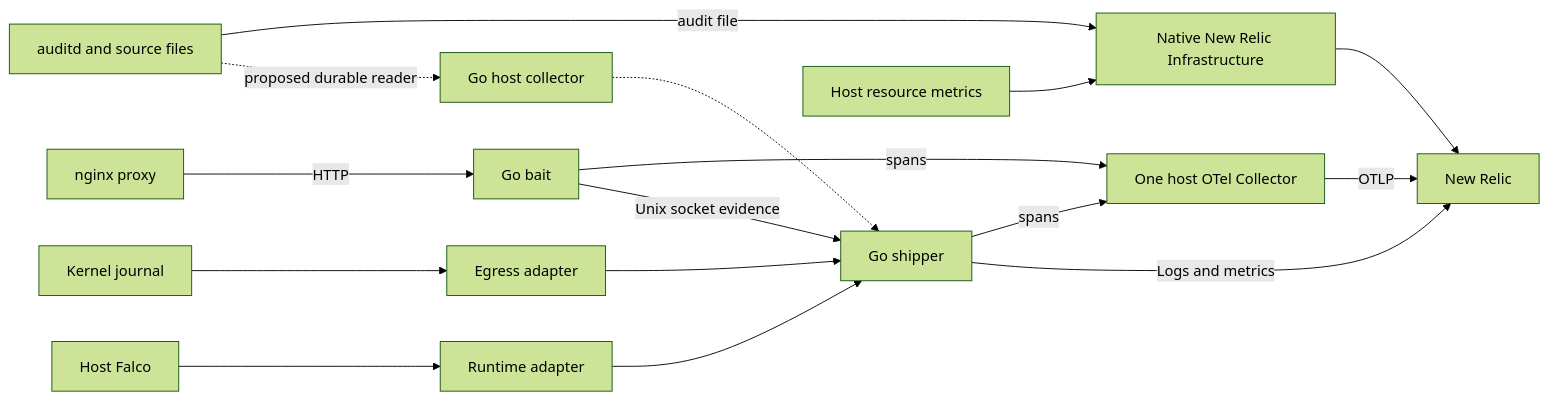
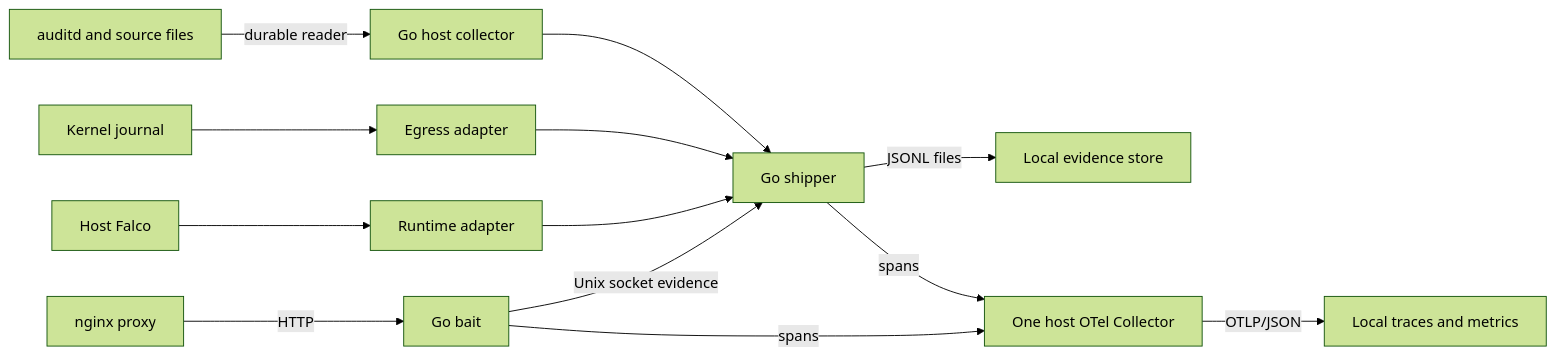
Before and after one commit to caretak3r/attack-box: the diagram in docs/service-ecosystem.md, drawn with Mermaid (forest theme). The commit also changed other lines of this file and 18 other files, not shown here.

First line of the commit message:
docs: describe the host evidence store, console and pull instead of New Relic

````diff
--- a/docs/service-ecosystem.md
+++ b/docs/service-ecosystem.md
@@ -12,18 +9,15 @@
 ```mermaid
 flowchart LR
     P[nginx proxy] -->|HTTP| B[Go bait]
     B -->|Unix socket evidence| S[Go shipper]
     F[Host Falco] --> R[Runtime adapter]
     K[Kernel journal] --> E[Egress adapter]
     R --> S
     E --> S
-    S -->|Logs and metrics| N[New Relic]
-    A[auditd and source files] -.->|proposed durable reader| H[Go host collector]
-    H -.-> S
+    S -->|JSONL files| L[Local evidence store]
+    A[auditd and source files] -->|durable reader| H[Go host collector]
+    H --> S
     B -->|spans| O[One host OTel Collector]
     S -->|spans| O
-    M[Host resource metrics] --> I[Native New Relic Infrastructure]
-    A -->|audit file| I
-    I --> N
-    O -->|OTLP| N
+    O -->|OTLP/JSON| LO[Local traces and metrics]
 ```
````
